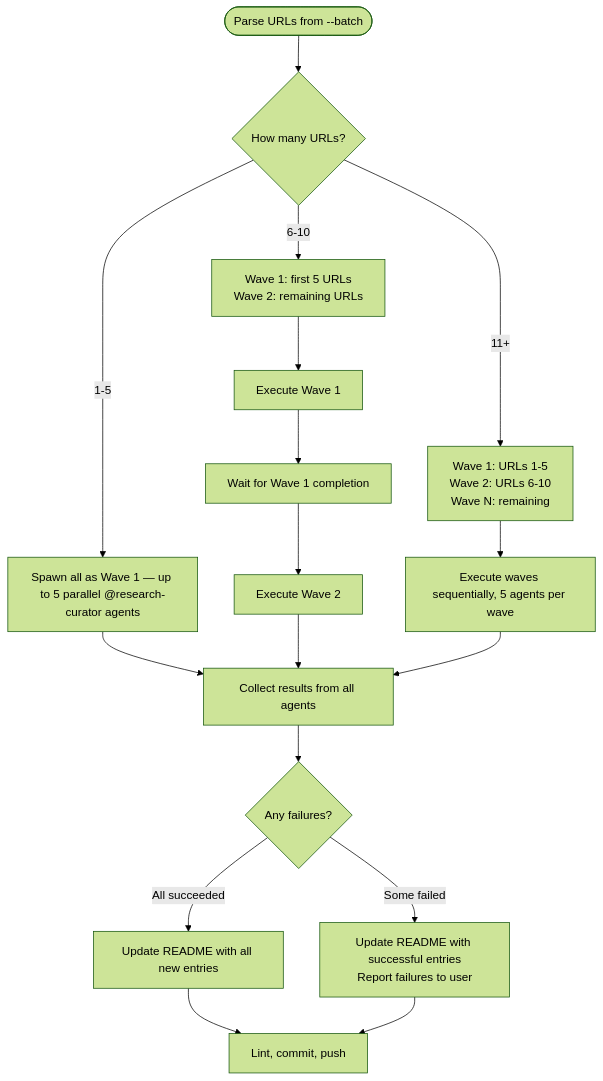
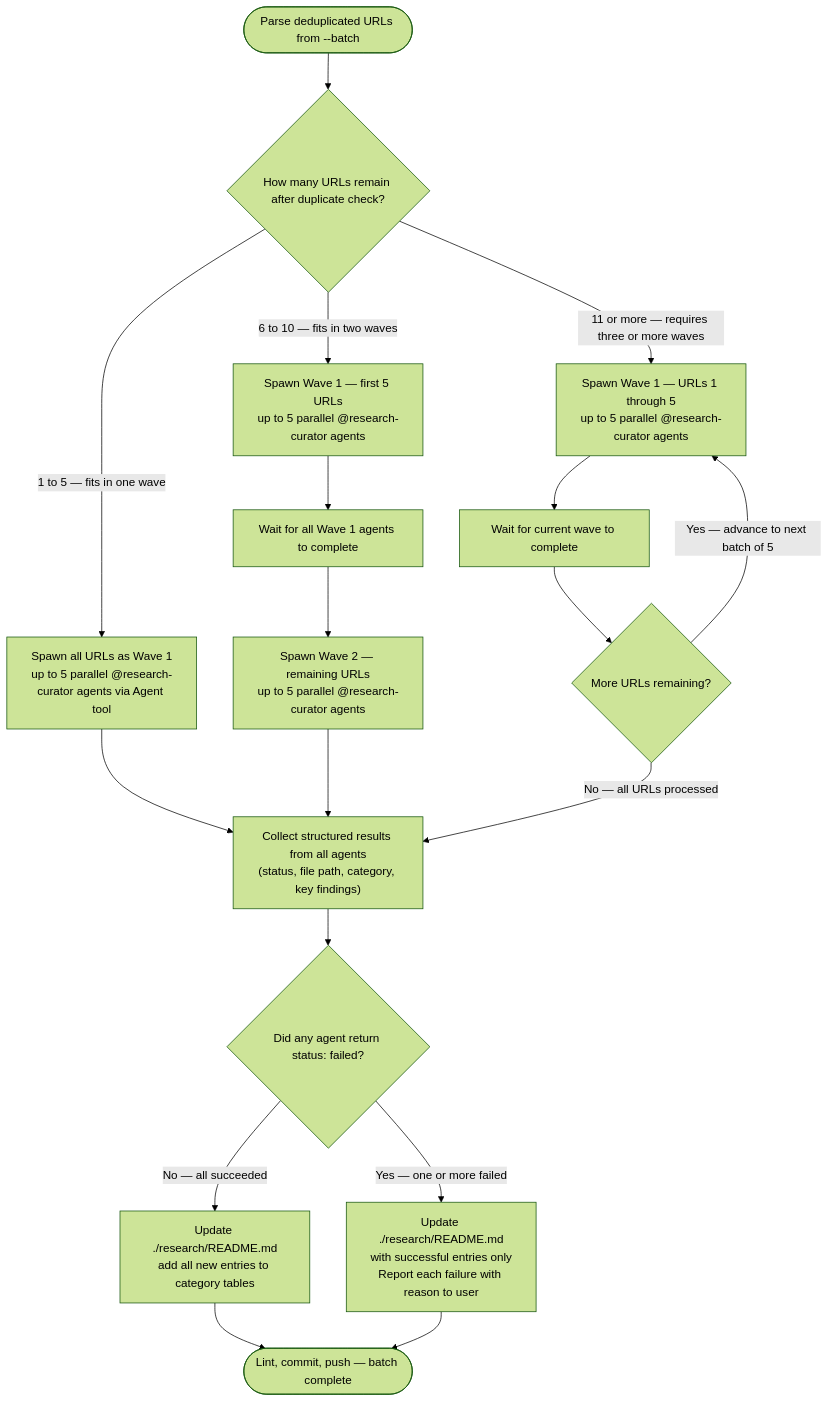
One commit to chgreer1070/claude_skills changed the diagram in .claude/skills/research-curator/references/batch-mode.md. Above: the diagram before and after it, drawn with Mermaid (forest theme). The commit also changed other lines of this file and 1 other file, not shown here.

Commit message:
docs(research-curator): update skill documentation and batch-mode reference

````diff
--- a/.claude/skills/research-curator/references/batch-mode.md
+++ b/.claude/skills/research-curator/references/batch-mode.md
@@ -21,19 +23,20 @@
 ```mermaid
 flowchart TD
-    Start([Parse URLs from --batch]) --> Count{How many URLs?}
-    Count -->|1-5| Wave1[Spawn all as Wave 1 — up to 5 parallel @research-curator agents]
-    Count -->|6-10| Split1[Wave 1: first 5 URLs<br>Wave 2: remaining URLs]
-    Count -->|11+| SplitN[Wave 1: URLs 1-5<br>Wave 2: URLs 6-10<br>Wave N: remaining]
-    Wave1 --> Collect[Collect results from all agents]
-    Split1 --> W1[Execute Wave 1]
-    W1 --> W1Done[Wait for Wave 1 completion]
-    W1Done --> W2[Execute Wave 2]
-    W2 --> Collect
-    SplitN --> WN[Execute waves sequentially, 5 agents per wave]
-    WN --> Collect
-    Collect --> Results{Any failures?}
-    Results -->|All succeeded| README[Update README with all new entries]
-    Results -->|Some failed| Partial[Update README with successful entries<br>Report failures to user]
-    README --> Finalize[Lint, commit, push]
+    Start(["Parse deduplicated URLs from --batch"]) --> Count{"How many URLs remain after duplicate check?"}
+    Count -->|"1 to 5 — fits in one wave"| Wave1["Spawn all URLs as Wave 1<br>up to 5 parallel @research-curator agents via Agent tool"]
+    Count -->|"6 to 10 — fits in two waves"| W1a["Spawn Wave 1 — first 5 URLs<br>up to 5 parallel @research-curator agents"]
+    Count -->|"11 or more — requires three or more waves"| WNa["Spawn Wave 1 — URLs 1 through 5<br>up to 5 parallel @research-curator agents"]
+    Wave1 --> Collect["Collect structured results from all agents<br>(status, file path, category, key findings)"]
+    W1a --> W1aDone["Wait for all Wave 1 agents to complete"]
+    W1aDone --> W2a["Spawn Wave 2 — remaining URLs<br>up to 5 parallel @research-curator agents"]
+    W2a --> Collect
+    WNa --> WNaDone["Wait for current wave to complete"]
+    WNaDone --> QMore{"More URLs remaining?"}
+    QMore -->|"Yes — advance to next batch of 5"| WNa
+    QMore -->|"No — all URLs processed"| Collect
+    Collect --> Results{"Did any agent return status: failed?"}
+    Results -->|"No — all succeeded"| README["Update ./research/README.md<br>add all new entries to category tables"]
+    Results -->|"Yes — one or more failed"| Partial["Update ./research/README.md<br>with successful entries only<br>Report each failure with reason to user"]
+    README --> Finalize(["Lint, commit, push — batch complete"])
     Partial --> Finalize
 ```
````
